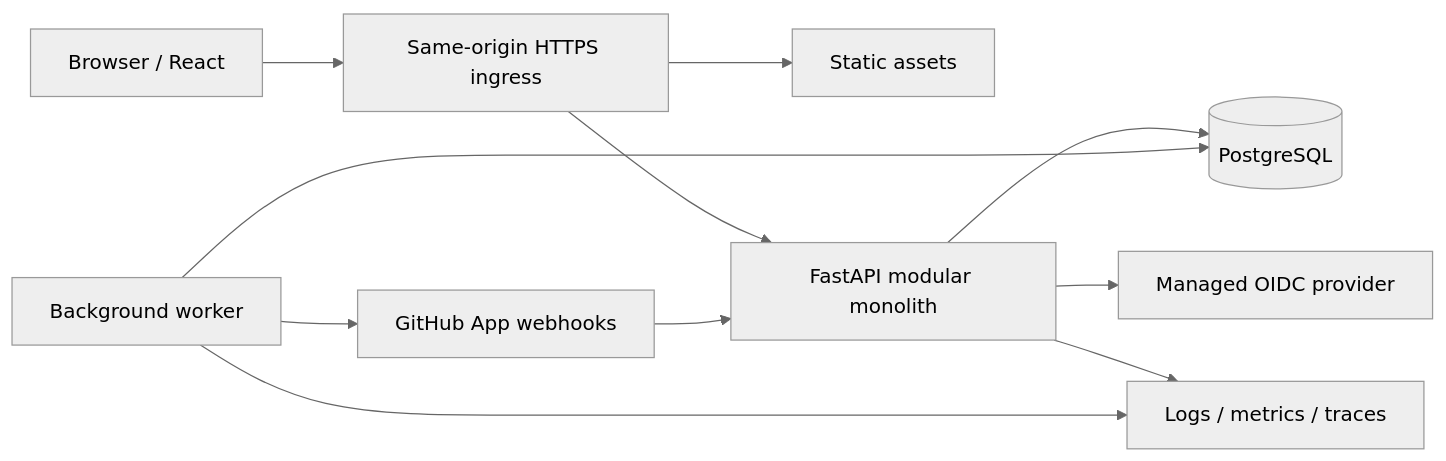
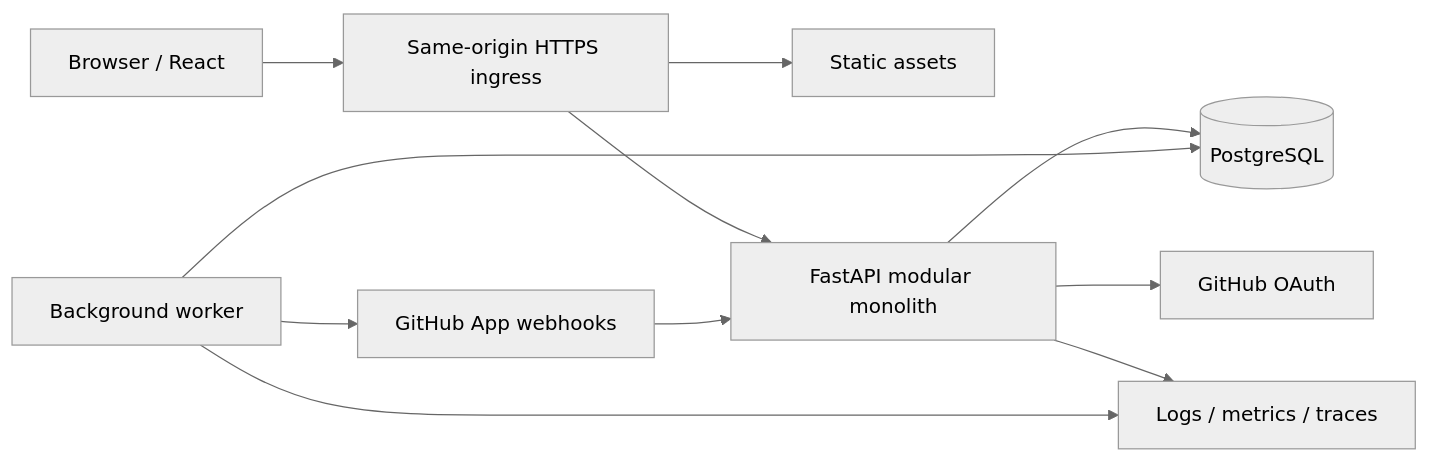
The diagram in devhub/docs/architecture.md (sandii087/devhub-ai), drawn with Mermaid (neutral theme) before and after one commit. The commit also changed other lines of this file and 19 other files, not shown here.

Commit message:
Add GitHub OAuth authentication

````diff
--- a/devhub/docs/architecture.md
+++ b/devhub/docs/architecture.md
@@ -13,13 +13,13 @@
 ```mermaid
 flowchart LR
   B[Browser / React] --> E[Same-origin HTTPS ingress]
   E --> S[Static assets]
   E --> A[FastAPI modular monolith]
   A --> P[(PostgreSQL)]
-  A --> I[Managed OIDC provider]
+  A --> I[GitHub OAuth]
   G[GitHub App webhooks] --> A
   W[Background worker] --> P
   W --> G
   A --> O[Logs / metrics / traces]
   W --> O
 ```
````
